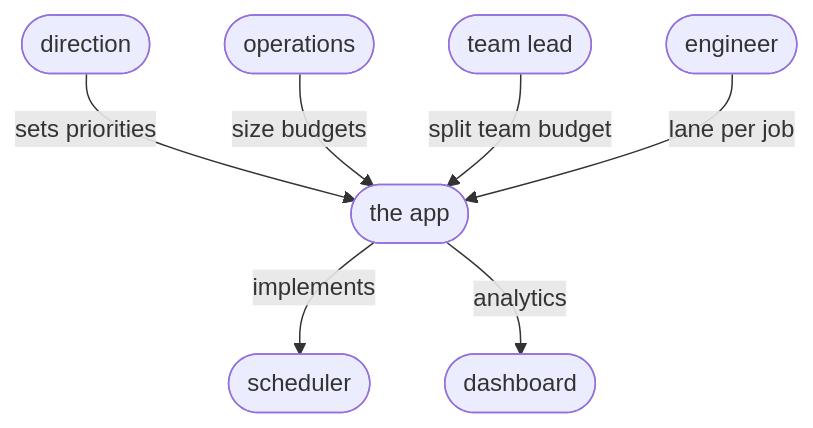
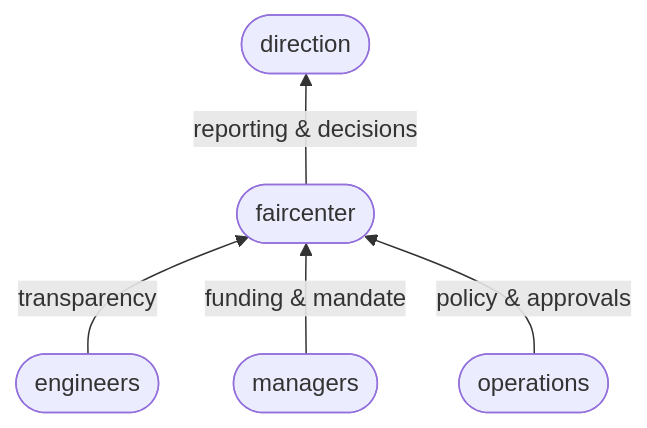
One commit to stephenwhitmarsh/faircenter changed the first of 3 diagrams in README.md. Above: the diagram before and after it, drawn with Mermaid. The commit also changed other lines of this file and 25 other files, not shown here.

````diff
--- a/README.md
+++ b/README.md
@@ -97,10 +10,8 @@
 ```mermaid
-graph TD
+graph BT
 
-  direction([direction]) -->|sets priorities| app([the app])
-  operations([operations]) -->|size budgets| app
-  lead([team lead]) -->|split team budget| app
-  engineer([engineer]) -->|lane per job| app
-  app -->|implements| scheduler([scheduler])
-  app -->|analytics| dashboard([dashboard])
+  engineers([engineers]) -->|transparency| app([faircenter])
+  managers([managers]) -->|funding & mandate| app
+  operations([operations]) -->|policy & approvals| app
+  app -->|reporting & decisions| direction([direction])
 ```
````
